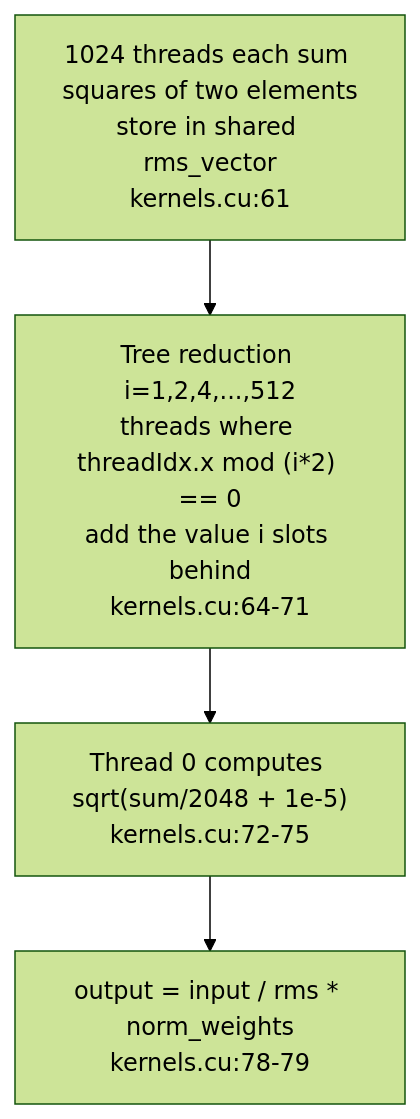
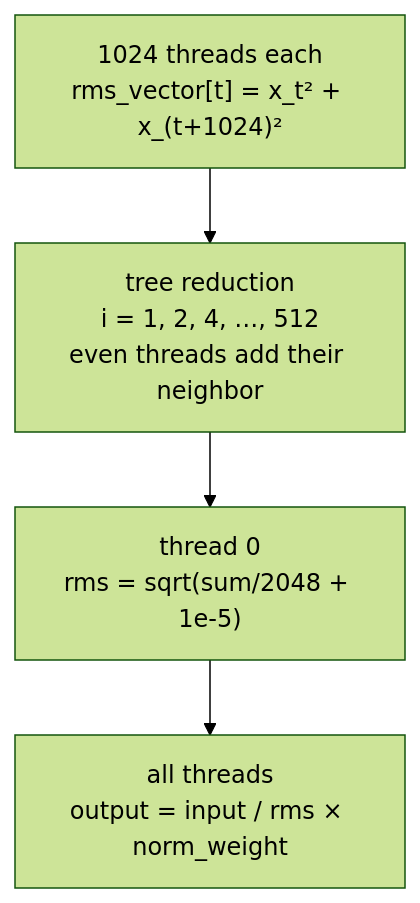
Before and after one commit to ryujaehun/ryujaehun.github.io: the second of 2 diagrams in data/code-series/jmaczan--tiny-vllm/articles/en-03.md, drawn with Mermaid (forest theme). The commit also changed other lines of this file and 27 other files, not shown here.

````diff
--- a/data/code-series/jmaczan--tiny-vllm/articles/en-03.md
+++ b/data/code-series/jmaczan--tiny-vllm/articles/en-03.md
@@ -126,6 +117,6 @@
 ```mermaid
 flowchart TD
-    A["1024 threads each sum squares of two elements<br/>store in shared rms_vector<br/>kernels.cu:61"] --> B["Tree reduction i=1,2,4,...,512<br/>threads where threadIdx.x mod (i*2) == 0<br/>add the value i slots behind<br/>kernels.cu:64-71"]
-    B --> C["Thread 0 computes sqrt(sum/2048 + 1e-5)<br/>kernels.cu:72-75"]
-    C --> D["output = input / rms * norm_weights<br/>kernels.cu:78-79"]
+    A["1024 threads each<br/>rms_vector[t] = x_t² + x_(t+1024)²"] --> B["tree reduction<br/>i = 1, 2, 4, …, 512<br/>even threads add their neighbor"]
+    B --> C["thread 0<br/>rms = sqrt(sum/2048 + 1e-5)"]
+    C --> D["all threads<br/>output = input / rms × norm_weight"]
 ```
````
